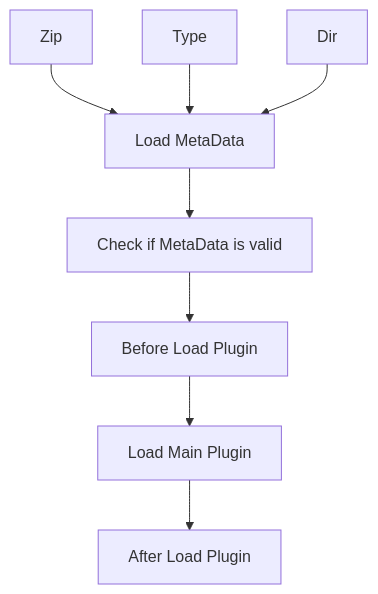
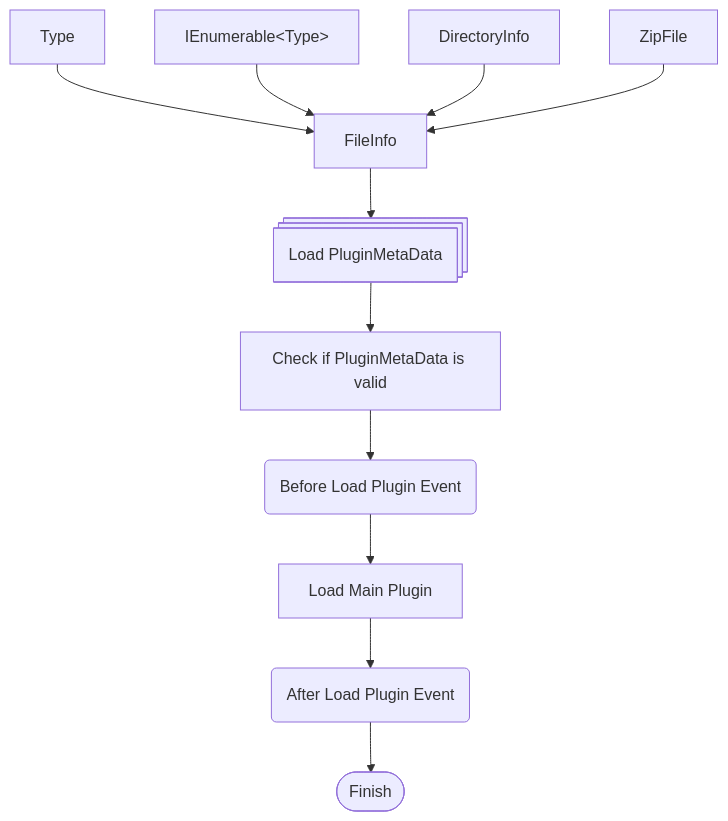
Before and after one commit to kitUIN/ShadowPluginLoader.WinUI: the first of 2 diagrams in README.md, drawn with Mermaid. The commit also changed other lines of this file, not shown here.

````diff
--- a/README.md
+++ b/README.md
@@ -46,10 +46,13 @@
 ```mermaid
 graph TD;
-    A[Zip]-->D[Load MetaData];
-    B[Type]-->D;
-    C[Dir]-->D;
-    D-->E[Check if MetaData is valid];
-    E-->F[Before Load Plugin];
+    B[Type]-->A;
+    O[IEnumerable&lt;Type&gt;]-->A;
+    C[DirectoryInfo]-->A;
+    P[ZipFile]-->A;
+    A[FileInfo]-->D@{ shape: procs, label: "Load PluginMetaData"};
+    D-->E[Check if PluginMetaData is valid];
+    E-->F@{ shape: rounded, label: "Before Load Plugin Event" };
     F-->G[Load Main Plugin];
-    G-->H[After Load Plugin];
+    G-->H@{ shape: rounded, label: "After Load Plugin Event" };
+    H-->I@{ shape: stadium, label: "Finish" };
 ```
````
